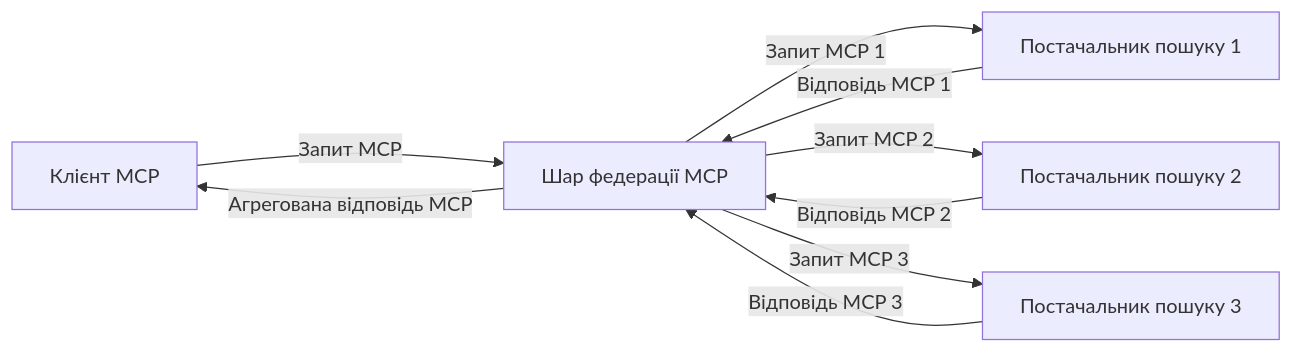
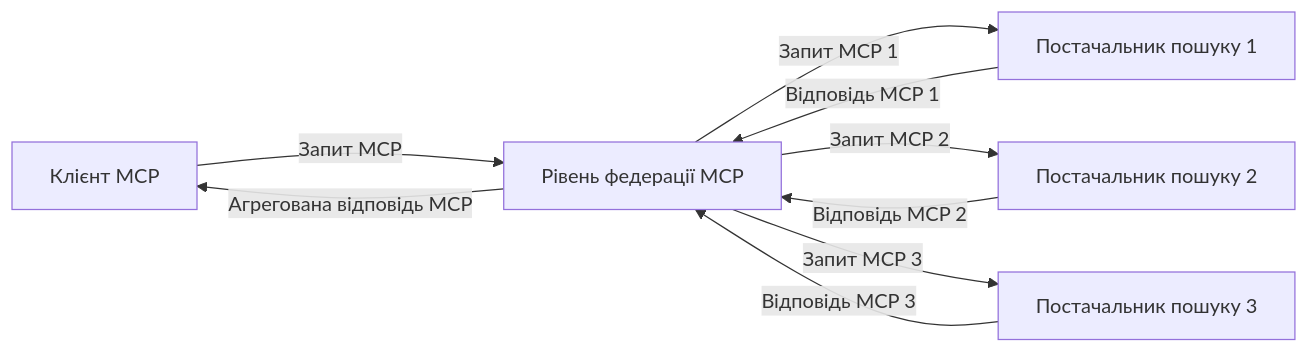
Before and after one commit to microsoft/mcp-for-beginners: the third of 4 diagrams in translations/uk/05-AdvancedTopics/mcp-realtimesearch/README.md, drawn with Mermaid. The commit also changed other lines of this file and 132 other files, not shown here.

````diff
--- a/translations/uk/05-AdvancedTopics/mcp-realtimesearch/README.md
+++ b/translations/uk/05-AdvancedTopics/mcp-realtimesearch/README.md
@@ -610,11 +612,11 @@
 ```mermaid
 graph LR
-    Client[Клієнт MCP] --> |Запит MCP| Federation[Шар федерації MCP]
+    Client[Клієнт MCP] --> |Запит MCP| Federation[Рівень федерації MCP]
     Federation --> |Запит MCP 1| Search1[Постачальник пошуку 1]
     Federation --> |Запит MCP 2| Search2[Постачальник пошуку 2]
     Federation --> |Запит MCP 3| Search3[Постачальник пошуку 3]
     Search1 --> |Відповідь MCP 1| Federation
     Search2 --> |Відповідь MCP 2| Federation
     Search3 --> |Відповідь MCP 3| Federation
     Federation --> |Агрегована відповідь MCP| Client
 ```
````
